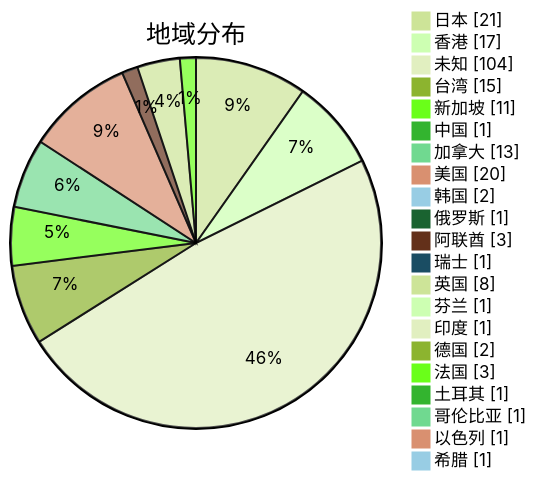
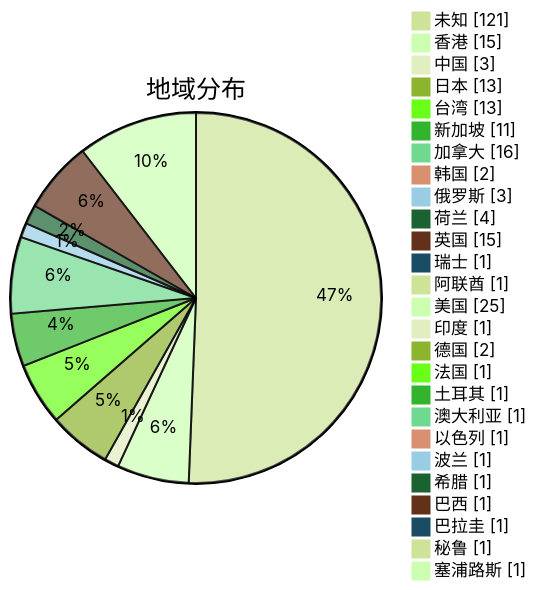
One commit to sinspired/airport changed the second of 3 diagrams in subs/statistics/tested_within.md. Above: the diagram before and after it, drawn with Mermaid (forest theme). The commit also changed other lines of this file and 2 other files, not shown here.

Commit message:
Committed by metaST

````diff
--- a/subs/statistics/tested_within.md
+++ b/subs/statistics/tested_within.md
@@ -13,25 +13,30 @@
 ```mermaid
 pie showData
 title 地域分布
-"日本" : 21
-"香港" : 17
-"未知" : 104
-"台湾" : 15
+"未知" : 121
+"香港" : 15
+"中国" : 3
+"日本" : 13
+"台湾" : 13
 "新加坡" : 11
-"中国" : 1
-"加拿大" : 13
-"美国" : 20
+"加拿大" : 16
 "韩国" : 2
-"俄罗斯" : 1
-"阿联酋" : 3
+"俄罗斯" : 3
+"荷兰" : 4
+"英国" : 15
 "瑞士" : 1
-"英国" : 8
-"芬兰" : 1
+"阿联酋" : 1
+"美国" : 25
 "印度" : 1
 "德国" : 2
-"法国" : 3
+"法国" : 1
 "土耳其" : 1
-"哥伦比亚" : 1
+"澳大利亚" : 1
 "以色列" : 1
+"波兰" : 1
 "希腊" : 1
+"巴西" : 1
+"巴拉圭" : 1
+"秘鲁" : 1
+"塞浦路斯" : 1
 ```
````
